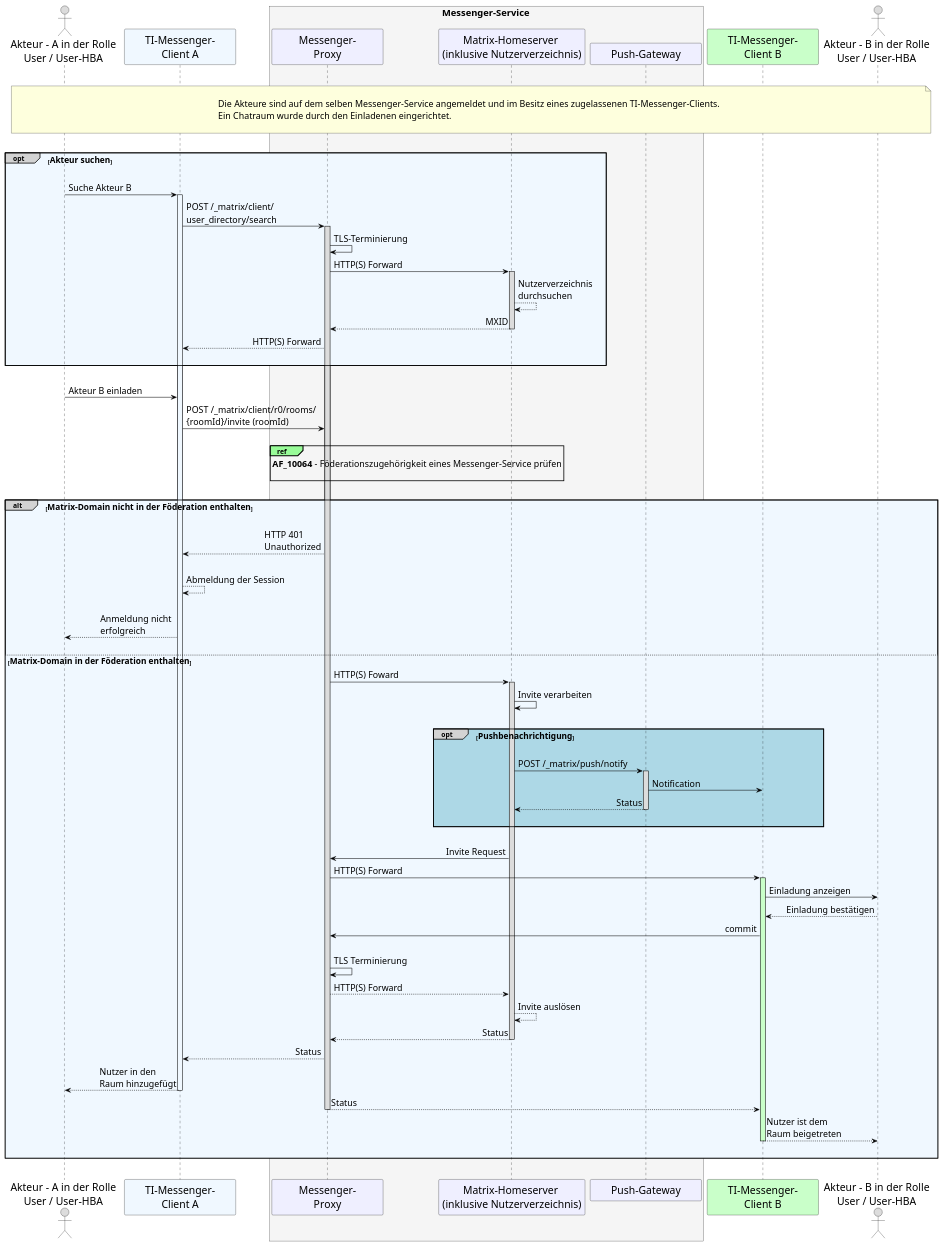
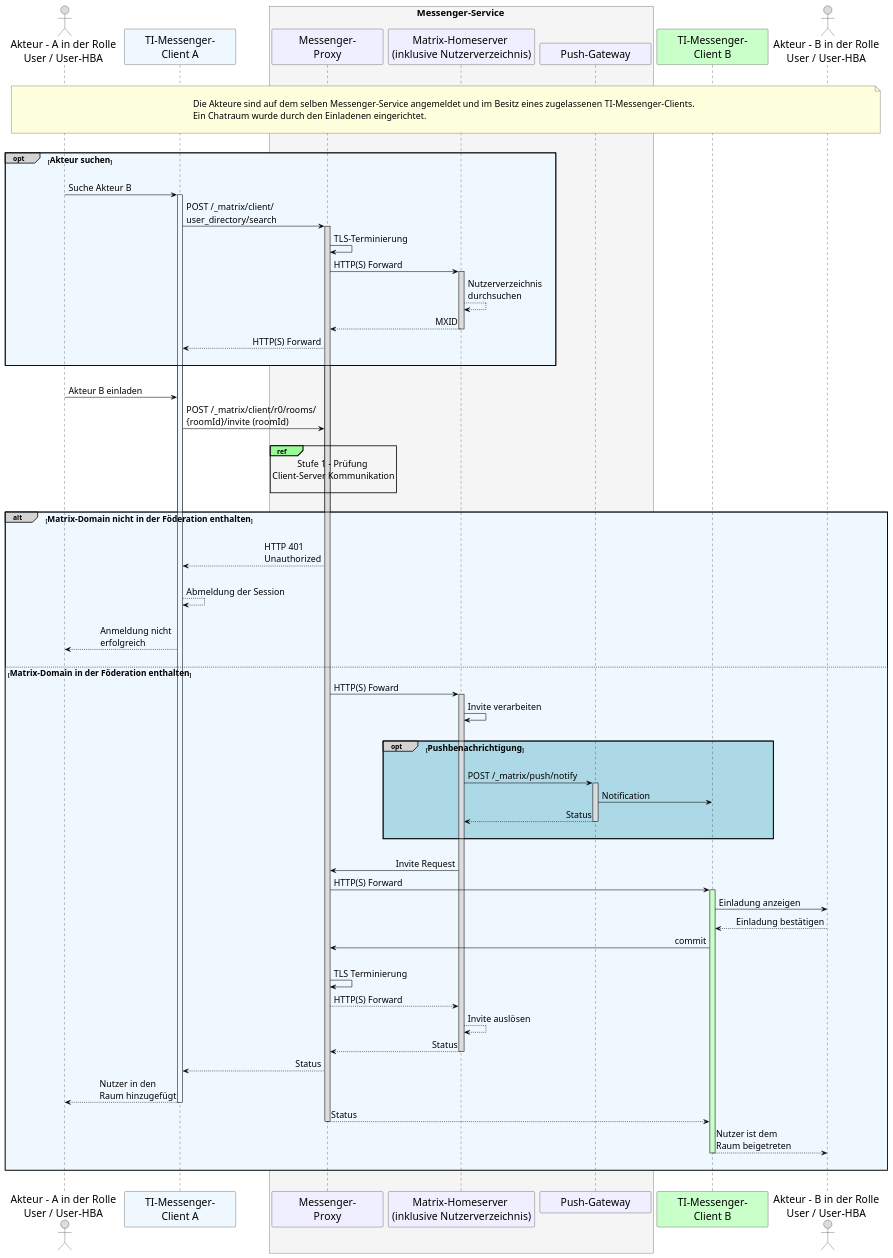
The diagram in src/plantuml/TI-Messenger-Dienst/Ressourcen/UC_10104_Seq.puml (gematik/api-ti-messenger), drawn with PlantUML before and after one commit. The commit also changed 3 other files, not shown here.

```diff
--- a/src/plantuml/TI-Messenger-Dienst/Ressourcen/UC_10104_Seq.puml
+++ b/src/plantuml/TI-Messenger-Dienst/Ressourcen/UC_10104_Seq.puml
@@ -9,114 +9,114 @@
 @startuml
 skinparam sequenceMessageAlign direction
 skinparam minClassWidth 200
 skinparam BoxPadding 1
 skinparam sequenceReferenceHeaderBackgroundColor palegreen
 scale max 2048 width
 
 skinparam sequence {
 ArrowColor black
 ArrowFontSize 17
 ActorBorderColor black
 LifeLineBorderColor black
 LifeLineBackgroundColor Gainsboro
 
 ParticipantBorderColor Motivation
 ParticipantBackgroundColor Motivation
 ParticipantFontName Impact
 ParticipantFontSize 20
 ParticipantFontColor black
 ParticipantBorderColor Black
 ParticipantBackgroundColor MOTIVATION
 
 ActorBackgroundColor Gainsboro
 ActorFontColor black
 ActorFontSize 20
 ActorFontName Aapex
 }
     actor U1 as "Akteur - A in der Rolle\nUser / User-HBA"
     participant C1 as "TI-Messenger-\nClient A" #AliceBlue
     box <size:18>Messenger-Service</size> #WhiteSmoke
       participant MP as "Messenger-\nProxy"
       participant MH as "Matrix-Homeserver \n(inklusive Nutzerverzeichnis)"
       participant PG as "Push-Gateway"
     end box
     participant C2 as "TI-Messenger-\nClient B"#TECHNOLOGY
     actor U2 as "Akteur - B in der Rolle\nUser / User-HBA"
     
 |||
 note over U1, U2: \n<size:17>Die Akteure sind auf dem selben Messenger-Service angemeldet und im Besitz eines zugelassenen TI-Messenger-Clients.\n<size:17>Ein Chatraum wurde durch den Einladenen eingerichtet.</size>\n
 |||
 
     opt#LightGrey #AliceBlue <size:16>Akteur suchen</size>
     |||
     U1->C1: Suche Akteur B
       activate C1 #AliceBlue
     C1->MP: POST /_matrix/client/\nuser_directory/search
       activate MP
     MP->MP: TLS-Terminierung
     MP->MH: HTTP(S) Forward
       activate MH
     MH-->MH: Nutzerverzeichnis \ndurchsuchen
     MH-->MP: MXID
       deactivate MH
     MP-->C1: HTTP(S) Forward
     |||
     end
     
     |||
     U1->C1: Akteur B einladen
     C1->MP: POST /_matrix/client/r0/rooms/\n{roomId}/invite (roomId)
     
     |||
-      ref over MP, MP: <size:17>**AF_10064** - Föderationszugehörigkeit eines Messenger-Service prüfen</size>\n 
+      ref over MP, MP: <size:17>Stufe 1 - Prüfung \n<size:17>Client-Server Kommunikation</size>\n 
     |||
     
     alt#LightGrey #AliceBlue <size:16>Matrix-Domain nicht in der Föderation enthalten</size>
       |||
       MP-->C1: HTTP 401 \nUnauthorized
       |||
       C1-->C1: Abmeldung der Session
       |||
       C1-->U1: Anmeldung nicht \nerfolgreich
       |||
     
       else <size:16>Matrix-Domain in der Föderation enthalten</size>
     
       MP->MH: HTTP(S) Foward
         activate MH
       MH->MH: Invite verarbeiten
       |||
         opt#LightGrey #LightBlue <size:16>Pushbenachrichtigung</size>
           |||
           MH->PG: POST /_matrix/push/notify
             activate PG
           PG->C2: Notification
           PG-->MH: Status
             deactivate PG
         |||
         end
         |||
           MH->MP: Invite Request
           MP->C2: HTTP(S) Forward
             activate C2 #TECHNOLOGY
           C2->U2: Einladung anzeigen
           U2-->C2: Einladung bestätigen
           C2->MP: commit
           |||
           MP->MP: TLS Terminierung
           MP-->MH: HTTP(S) Forward
           MH-->MH: Invite auslösen
           MH-->MP: Status
             deactivate MH
           MP-->C1: Status
           C1-->U1: Nutzer in den \nRaum hinzugefügt
             deactivate C1
           MP-->C2: Status
             deactivate MP
           C2-->U2: Nutzer ist dem \nRaum beigetreten
             deactivate C2
 
         |||
         end
  |||
 @enduml
```
